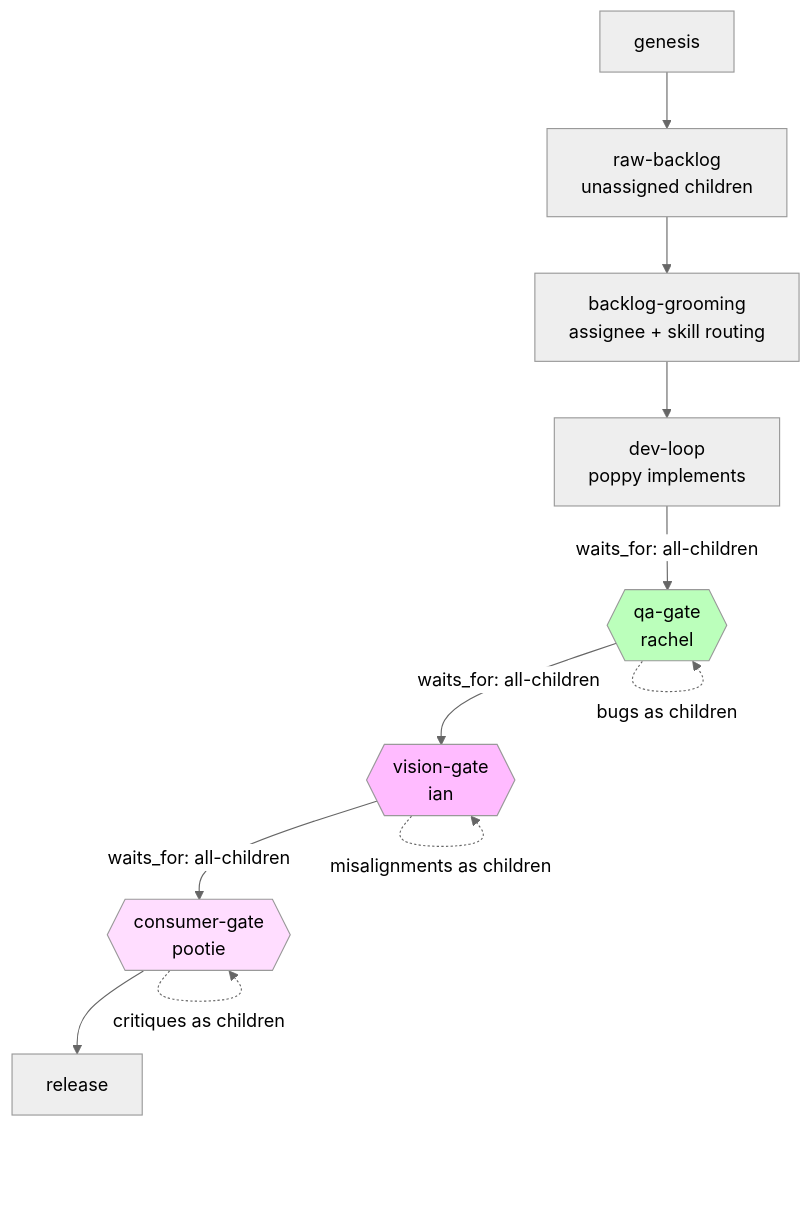
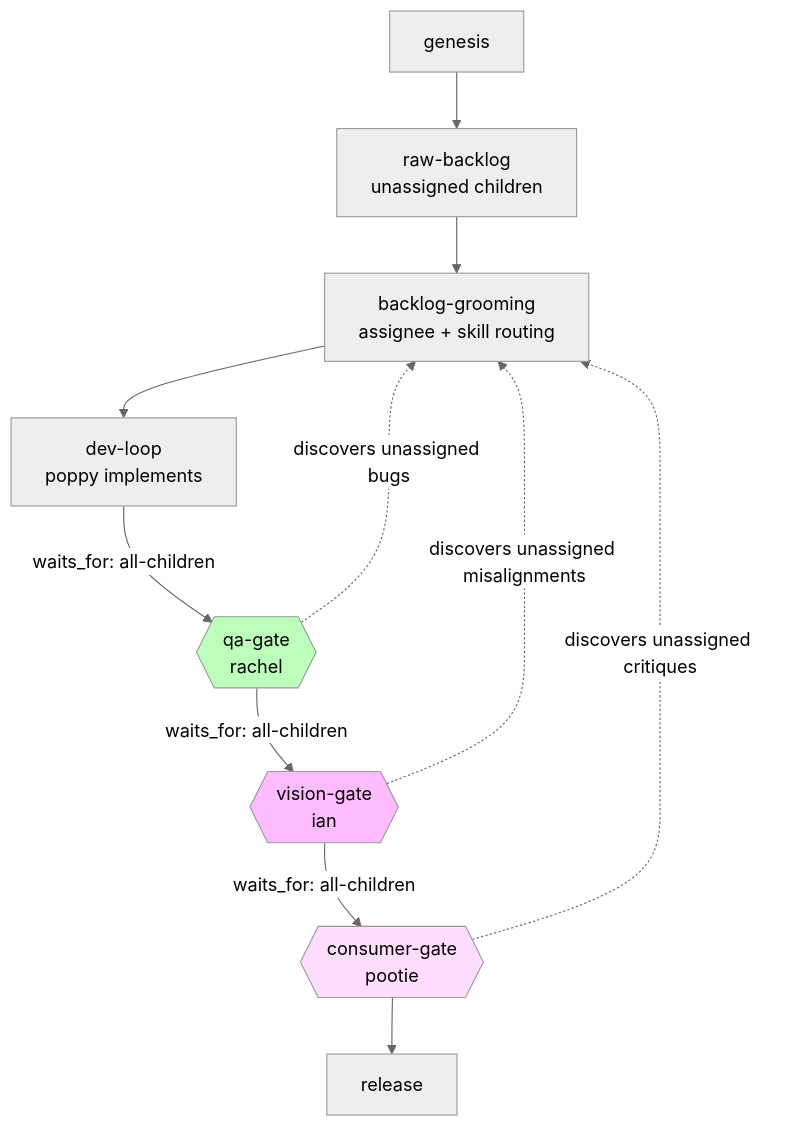
Before and after one commit to mcanevet/mythic-quest: the diagram in README.md, drawn with Mermaid (neutral theme). The commit also changed other lines of this file and 7 other files, not shown here.

First line of the commit message:
fix(workflow): gate discoveries are unassigned beads — grooming routes all rework

````diff
--- a/README.md
+++ b/README.md
@@ -15,17 +15,20 @@
 ```mermaid
 flowchart TD
     GEN[genesis] --> RAW[raw-backlog<br/>unassigned children]
     RAW --> GROOM[backlog-grooming<br/>assignee + skill routing]
     GROOM --> DEV[dev-loop<br/>poppy implements]
     DEV -->|"waits_for: all-children"| QAG{{"qa-gate<br/>rachel"}}
     QAG -->|"waits_for: all-children"| VIG{{"vision-gate<br/>ian"}}
     VIG -->|"waits_for: all-children"| CG{{"consumer-gate<br/>pootie"}}
     CG --> REL[release]
-    QAG -.->|"bugs as children"| QAG
-    VIG -.->|"misalignments as children"| VIG
-    CG -.->|"critiques as children"| CG
+
+    %% Rework loops: gate owners discover unassigned bugs as children;
+    %% backlog-grooming routes them, dev-loop fixes them
+    QAG -.->|"discovers unassigned bugs"| GROOM
+    VIG -.->|"discovers unassigned misalignments"| GROOM
+    CG -.->|"discovers unassigned critiques"| GROOM
 
     style QAG fill:#bfb
     style VIG fill:#fbf
     style CG fill:#fdf
 ```
````
